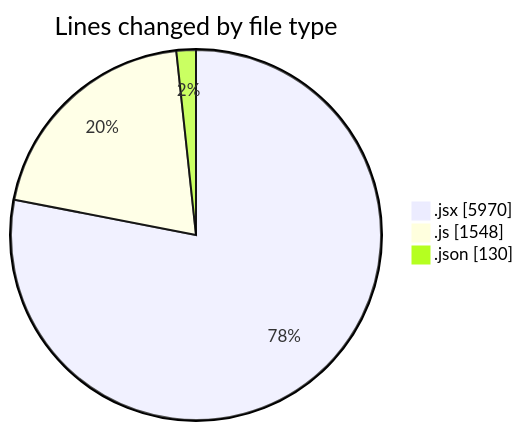
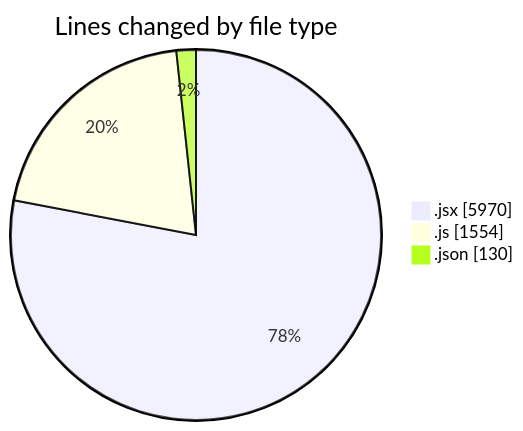
Before and after one commit to nxtqubesakshisongat/code-tracking: the first of 2 diagrams in 2025-08-06/nxtqube_webapp/README.md, drawn with Mermaid. The commit also changed other lines of this file and 1 other file, not shown here.

````diff
--- a/2025-08-06/nxtqube_webapp/README.md
+++ b/2025-08-06/nxtqube_webapp/README.md
@@ -29,7 +29,7 @@
 ```mermaid
 pie showData
 title Lines changed by file type
 ".jsx" : 5970
-".js" : 1548
+".js" : 1554
 ".json" : 130
 ```
````
